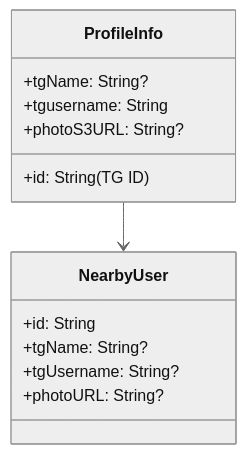
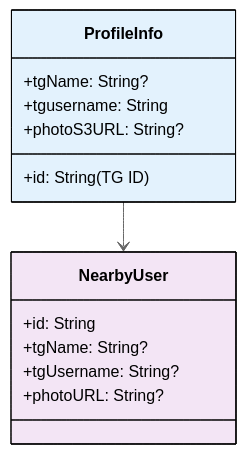
The fifth of 14 diagrams in TelescaniOS/WHITEPAPER.md (hiTechTeam/Telescan-iOS), drawn with Mermaid (neutral theme) before and after one commit. The commit also changed other lines of this file, not shown here.

````diff
--- a/TelescaniOS/WHITEPAPER.md
+++ b/TelescaniOS/WHITEPAPER.md
@@ -194,18 +205,21 @@
 ```mermaid
 classDiagram
     class ProfileInfo {
         +id: String (TG ID)
         +tgName: String?
         +tgusername: String
         +photoS3URL: String?
     }
 
     class NearbyUser {
         +id: String
         +tgName: String?
         +tgUsername: String?
         +photoURL: String?
     }
 
     ProfileInfo --> NearbyUser
+
+    style ProfileInfo fill:#e3f2fd,stroke:#000,color:#000
+    style NearbyUser fill:#f3e5f5,stroke:#000,color:#000
 ```
````
